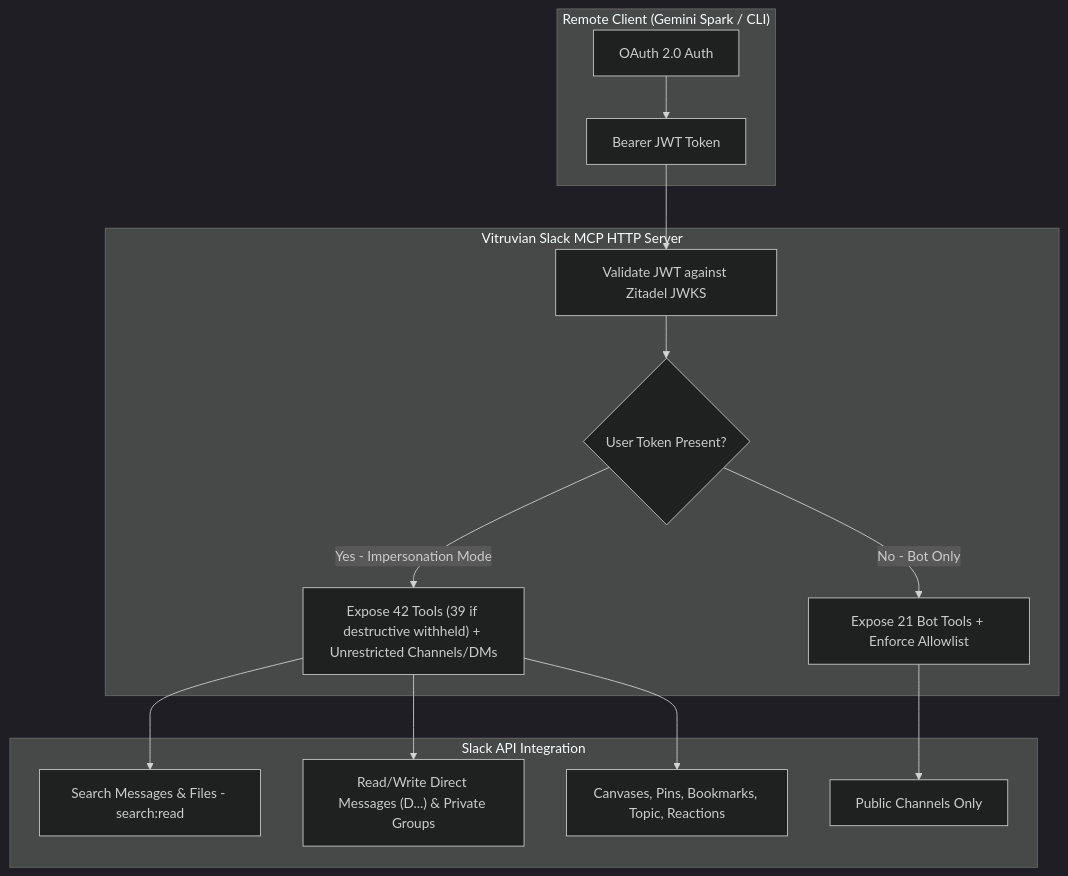
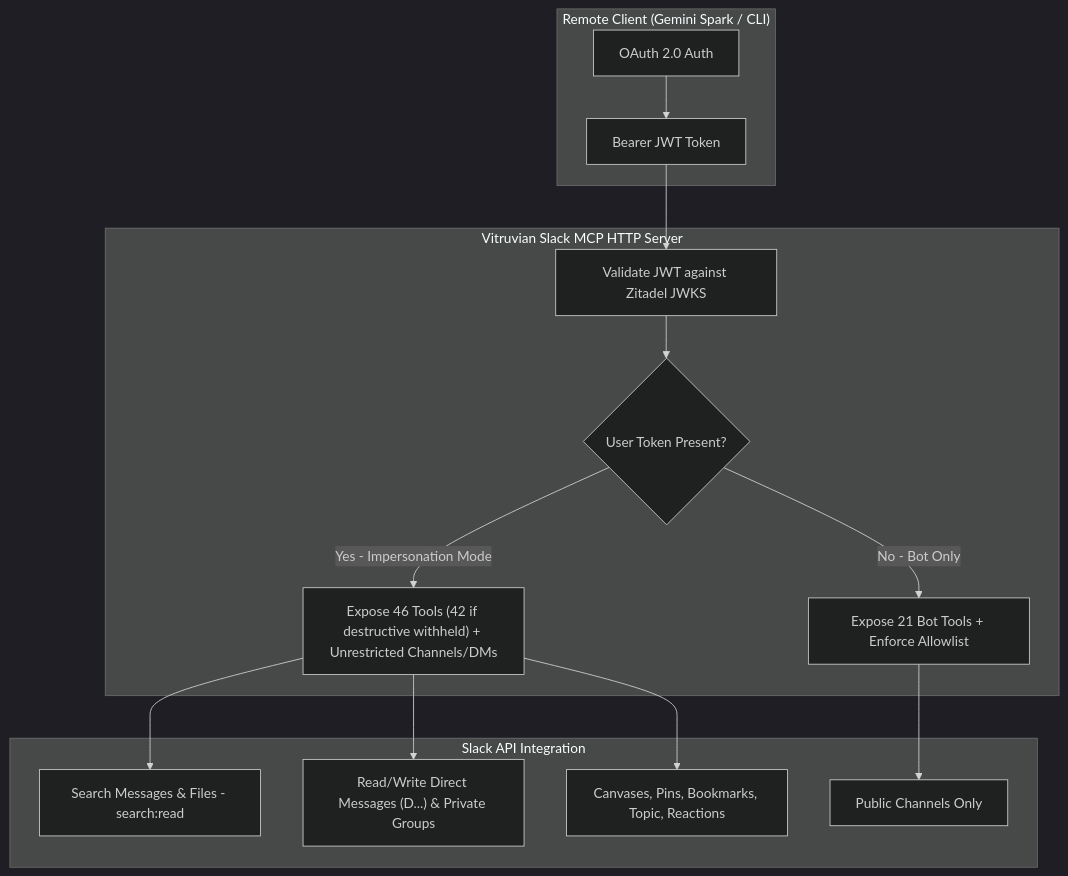
One commit to VitruvianSoftware/mcp-slack changed the first of 3 diagrams in README.md. Above: the diagram before and after it, drawn with Mermaid (dark theme). The commit also changed other lines of this file and 8 other files, not shown here.

````diff
--- a/README.md
+++ b/README.md
@@ -18,20 +18,20 @@
 ```mermaid
 flowchart TD
     subgraph Client["Remote Client (Gemini Spark / CLI)"]
         A["OAuth 2.0 Auth"] --> B["Bearer JWT Token"]
     end
 
     subgraph Service["Vitruvian Slack MCP HTTP Server"]
         B --> C["Validate JWT against Zitadel JWKS"]
         C --> D{"User Token Present?"}
-        D -->|Yes - Impersonation Mode| E["Expose 42 Tools (39 if destructive withheld) + Unrestricted Channels/DMs"]
+        D -->|Yes - Impersonation Mode| E["Expose 46 Tools (42 if destructive withheld) + Unrestricted Channels/DMs"]
         D -->|No - Bot Only| F["Expose 21 Bot Tools + Enforce Allowlist"]
     end
 
     subgraph Slack["Slack API Integration"]
         E --> G["Search Messages & Files - search:read"]
         E --> H["Read/Write Direct Messages (D...) & Private Groups"]
         E --> I["Canvases, Pins, Bookmarks, Topic, Reactions"]
         F --> J["Public Channels Only"]
     end
 ```
````
